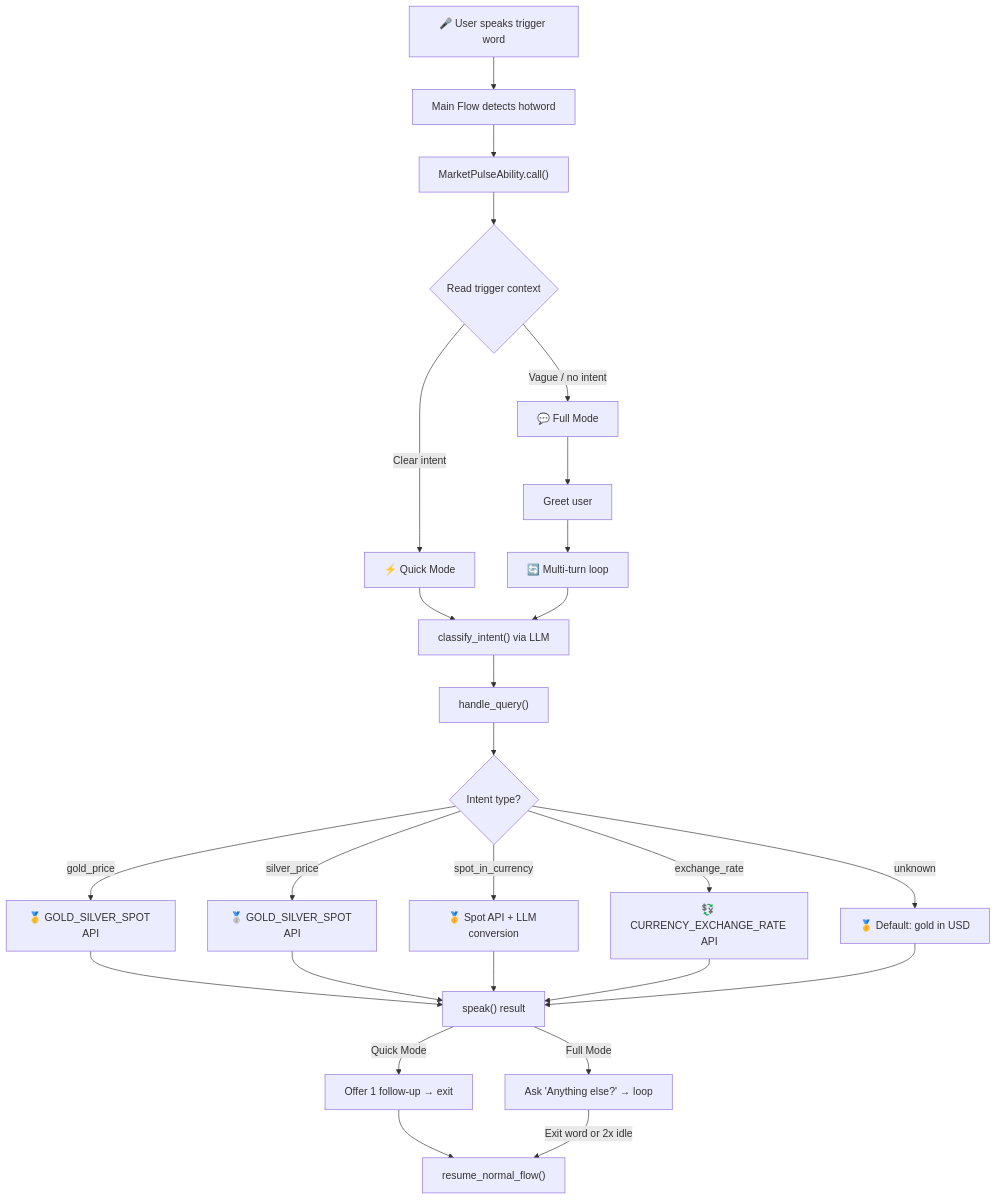
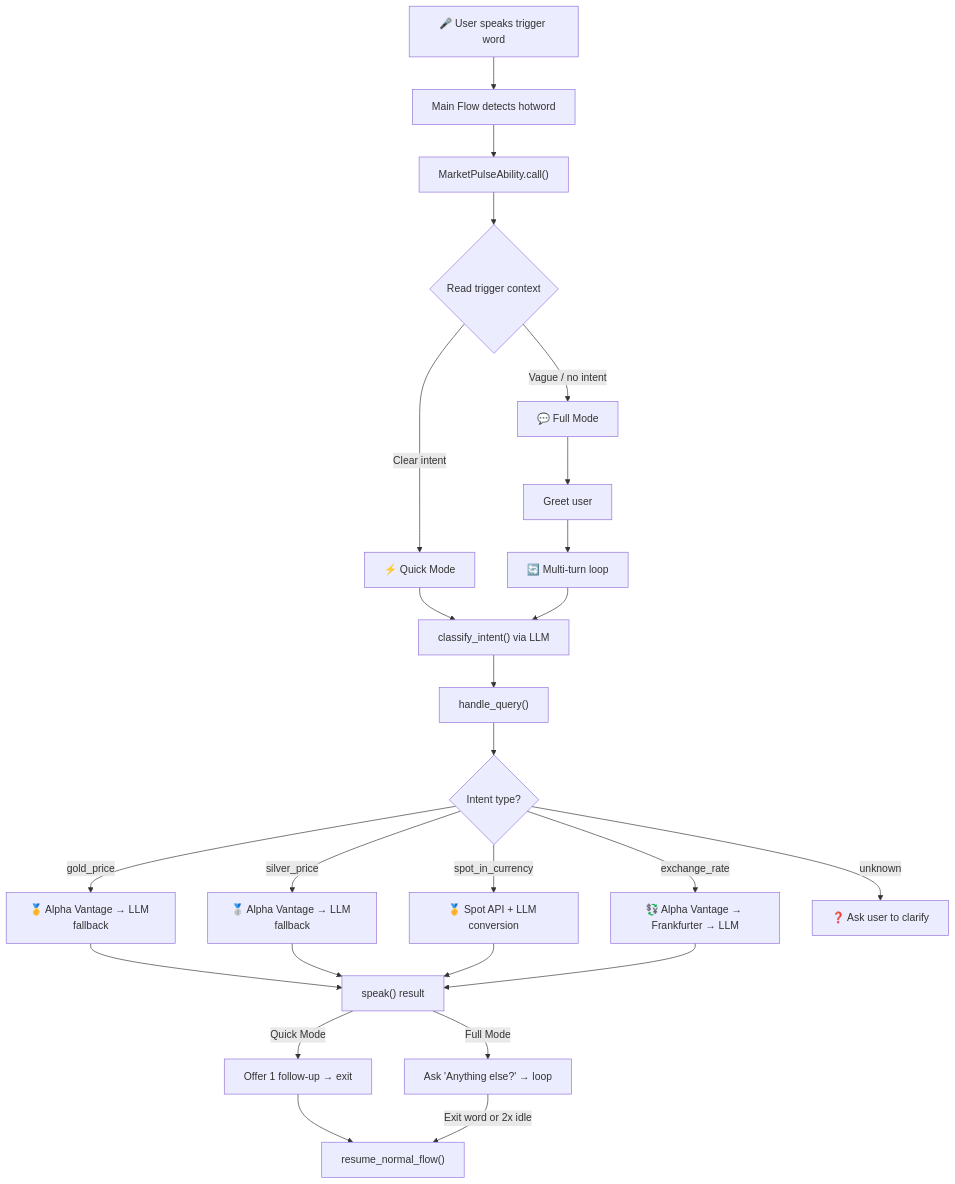
One commit to openhome-dev/abilities changed the first of 2 diagrams in community/marketplus/README.md. Above: the diagram before and after it, drawn with Mermaid. The commit also changed other lines of this file and 1 other file, not shown here.

First line of the commit message:
feat: add 3-tier API fallback and fix exit detection

````diff
--- a/community/marketplus/README.md
+++ b/community/marketplus/README.md
@@ -27,34 +28,33 @@
 ```mermaid
 graph TD
     A["🎤 User speaks trigger word"] --> B["Main Flow detects hotword"]
     B --> C["MarketPulseAbility.call()"]
     C --> D{"Read trigger context"}
     D -->|"Clear intent"| E["⚡ Quick Mode"]
     D -->|"Vague / no intent"| F["💬 Full Mode"]
 
     E --> G["classify_intent() via LLM"]
     G --> H["handle_query()"]
     H --> I{"Intent type?"}
 
-    I -->|"gold_price"| J["🥇 GOLD_SILVER_SPOT API"]
-    I -->|"silver_price"| K["🥈 GOLD_SILVER_SPOT API"]
+    I -->|"gold_price"| J["🥇 Alpha Vantage → LLM fallback"]
+    I -->|"silver_price"| K["🥈 Alpha Vantage → LLM fallback"]
     I -->|"spot_in_currency"| L["🥇 Spot API + LLM conversion"]
-    I -->|"exchange_rate"| M["💱 CURRENCY_EXCHANGE_RATE API"]
-    I -->|"unknown"| N["🥇 Default: gold in USD"]
+    I -->|"exchange_rate"| M["💱 Alpha Vantage → Frankfurter → LLM"]
+    I -->|"unknown"| N["❓ Ask user to clarify"]
 
     J --> O["speak() result"]
     K --> O
     L --> O
     M --> O
-    N --> O
 
     F --> P["Greet user"]
     P --> Q["🔄 Multi-turn loop"]
     Q --> G
 
     O -->|"Quick Mode"| R["Offer 1 follow-up → exit"]
     O -->|"Full Mode"| S["Ask 'Anything else?' → loop"]
 
     R --> T["resume_normal_flow()"]
     S -->|"Exit word or 2x idle"| T
 ```
````
